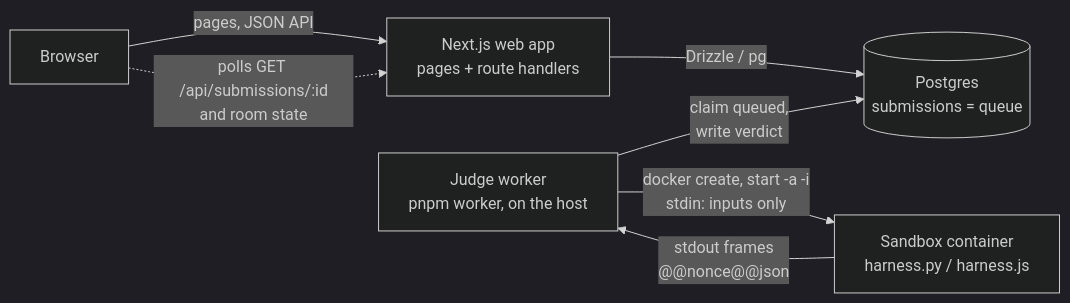
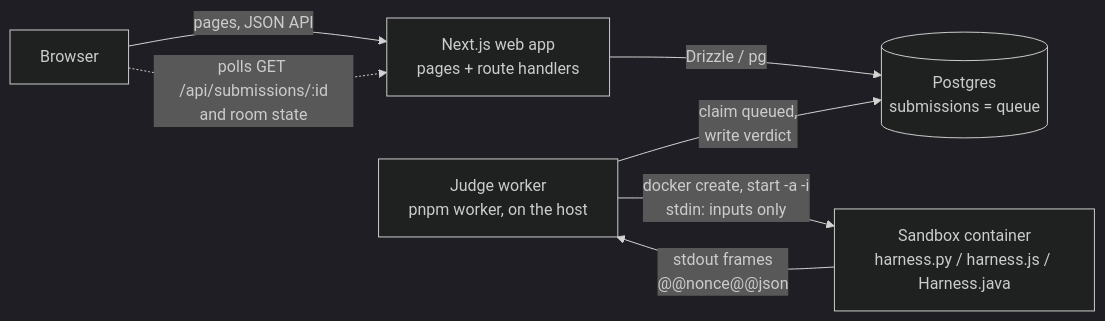
Before and after one commit to vladmswe/LemmaYard: the diagram in README.md, drawn with Mermaid (dark theme). The commit also changed other lines of this file and 6 other files, not shown here.

````diff
--- a/README.md
+++ b/README.md
@@ -93,9 +94,9 @@
 ```mermaid
 flowchart LR
   B["Browser"] -- "pages, JSON API" --> W["Next.js web app<br/>pages + route handlers"]
   W -- "Drizzle / pg" --> DB[("Postgres<br/>submissions = queue")]
   K["Judge worker<br/>pnpm worker, on the host"] -- "claim queued,<br/>write verdict" --> DB
-  K -- "docker create, start -a -i<br/>stdin: inputs only" --> S["Sandbox container<br/>harness.py / harness.js"]
+  K -- "docker create, start -a -i<br/>stdin: inputs only" --> S["Sandbox container<br/>harness.py / harness.js / Harness.java"]
   S -- "stdout frames<br/>@@nonce@@json" --> K
   B -. "polls GET /api/submissions/:id<br/>and room state" .-> W
 ```
````
